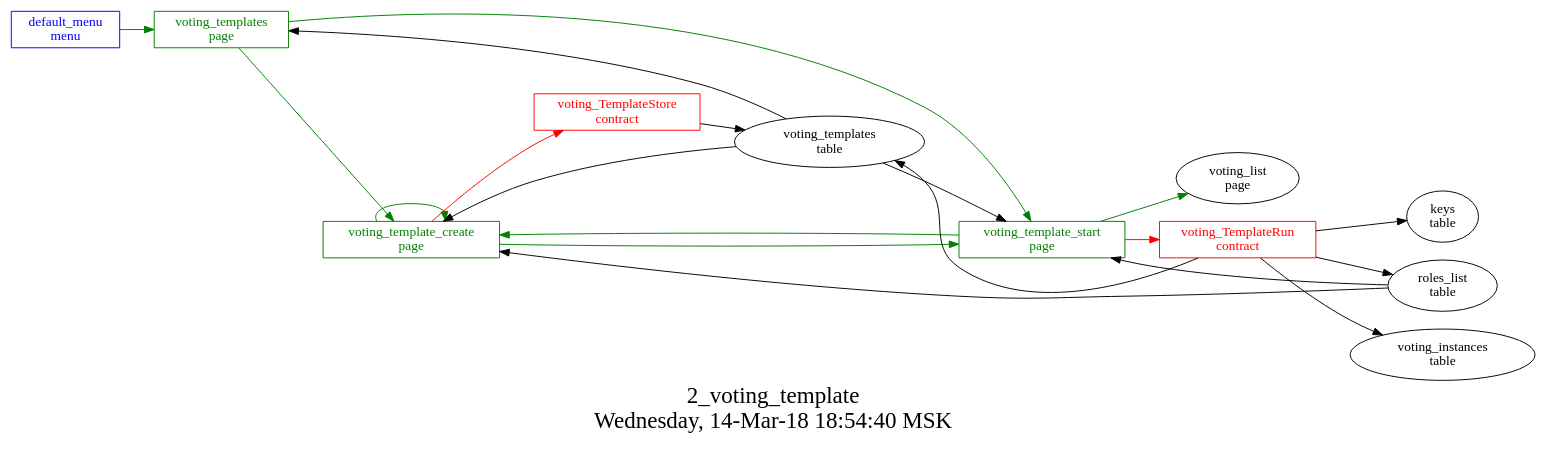
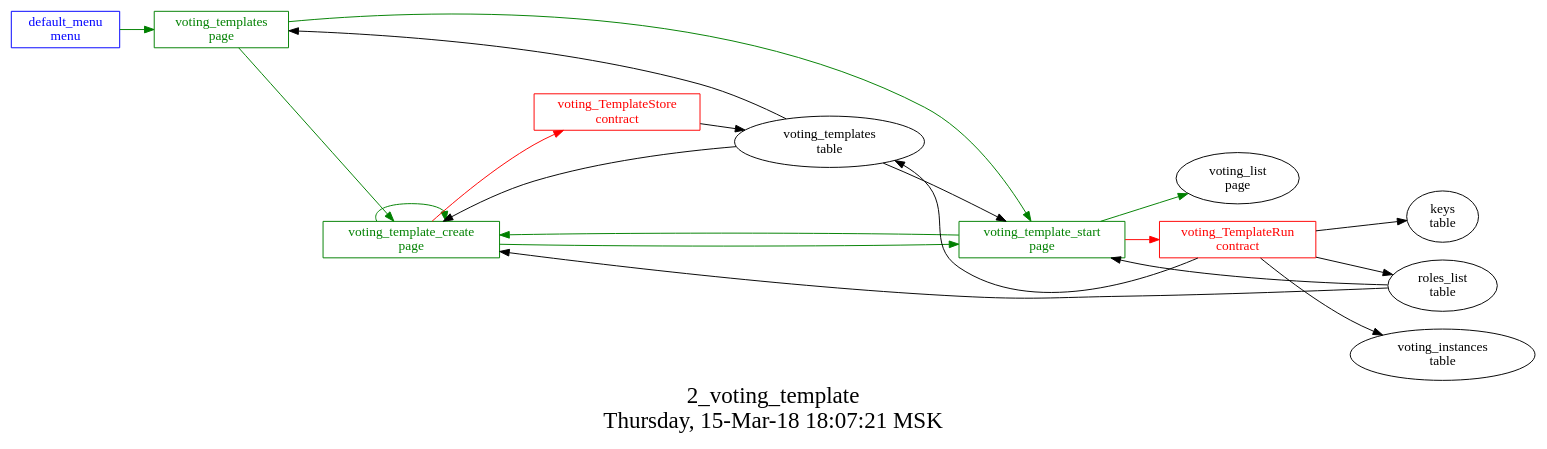
The diagram in src/basic/basic_main/2_voting_templates/struct.dot (AplaProject/apps), drawn with Graphviz before and after one commit. The commit also changed 29 other files, not shown here.

```diff
--- a/src/basic/basic_main/2_voting_templates/struct.dot
+++ b/src/basic/basic_main/2_voting_templates/struct.dot
@@ -1,36 +1,36 @@
 digraph G {
 graph [
   fontsize="24";
-  label="2_voting_template\nWednesday, 14-Mar-18 18:54:40 MSK";
+  label="2_voting_template\nThursday, 15-Mar-18 18:07:21 MSK";
   nojustify=true;
   ordering=out;
   rankdir=LR;
   size="30";
 ];
 "default_menu\nmenu" -> "voting_templates\npage"  [ color=green ]
 "default_menu\nmenu" [color=blue, fontcolor=blue, group=menus, shape=record];
 "voting_template_create\npage" -> "voting_TemplateStore\ncontract"  [ color=red ]
 "voting_templates\ntable" -> "voting_template_create\npage"  [ color="" ]
 "roles_list\ntable" -> "voting_template_create\npage"  [ color="" ]
 "voting_template_create\npage" -> "voting_template_create\npage"  [ color=green ]
 "voting_template_create\npage" -> "voting_template_start\npage"  [ color=green ]
 "voting_template_create\npage" [color=green, fontcolor=green, group=pages, shape=record];
 "voting_template_start\npage" -> "voting_TemplateRun\ncontract"  [ color=red ]
 "voting_templates\ntable" -> "voting_template_start\npage"  [ color="" ]
 "roles_list\ntable" -> "voting_template_start\npage"  [ color="" ]
 "voting_template_start\npage" -> "voting_template_create\npage"  [ color=green ]
 "voting_template_start\npage" -> "voting_list\npage"  [ color=green ]
 "voting_template_start\npage" [color=green, fontcolor=green, group=pages, shape=record];
 "voting_templates\ntable" -> "voting_templates\npage"  [ color="" ]
 "voting_templates\npage" -> "voting_template_start\npage"  [ color=green ]
 "voting_templates\npage" -> "voting_template_create\npage"  [ color=green ]
 "voting_templates\npage" [color=green, fontcolor=green, group=pages, shape=record];
 "voting_TemplateRun\ncontract" -> "voting_templates\ntable"  [ color="" ]
 "voting_TemplateRun\ncontract" -> "keys\ntable"  [ color="" ]
 "voting_TemplateRun\ncontract" -> "roles_list\ntable"  [ color="" ]
 "voting_TemplateRun\ncontract" -> "voting_instances\ntable"  [ color="" ]
 "voting_TemplateRun\ncontract" [color=red, fontcolor=red, group=contracts, shape=record];
 "voting_TemplateStore\ncontract" -> "voting_templates\ntable"  [ color="" ]
 "voting_TemplateStore\ncontract" [color=red, fontcolor=red, group=contracts, shape=record];
 "voting_templates\ntable" [color="", fontcolor="", group=tables, shape=""];
 }
```
